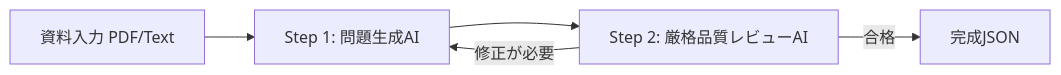
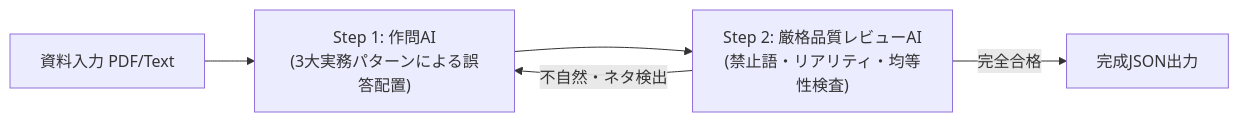
Before and after one commit to 1251kondo-beep/water-quiz: the diagram in 問題作成ガイドライン.md, drawn with Mermaid. The commit also changed other lines of this file and 9 other files, not shown here.

````diff
--- a/問題作成ガイドライン.md
+++ b/問題作成ガイドライン.md
@@ -385,7 +391,7 @@
 ```mermaid
 graph LR
-    A[資料入力 PDF/Text] --> B[Step 1: 問題生成AI]
-    B --> C[Step 2: 厳格品質レビューAI]
-    C -->|修正が必要| B
-    C -->|合格| D[完成JSON]
+    A[資料入力 PDF/Text] --> B["Step 1: 作問AI<br/>(3大実務パターンによる誤答配置)"]
+    B --> C["Step 2: 厳格品質レビューAI<br/>(禁止語・リアリティ・均等性検査)"]
+    C -->|不自然・ネタ検出| B
+    C -->|完全合格| D[完成JSON出力]
 ```
````
